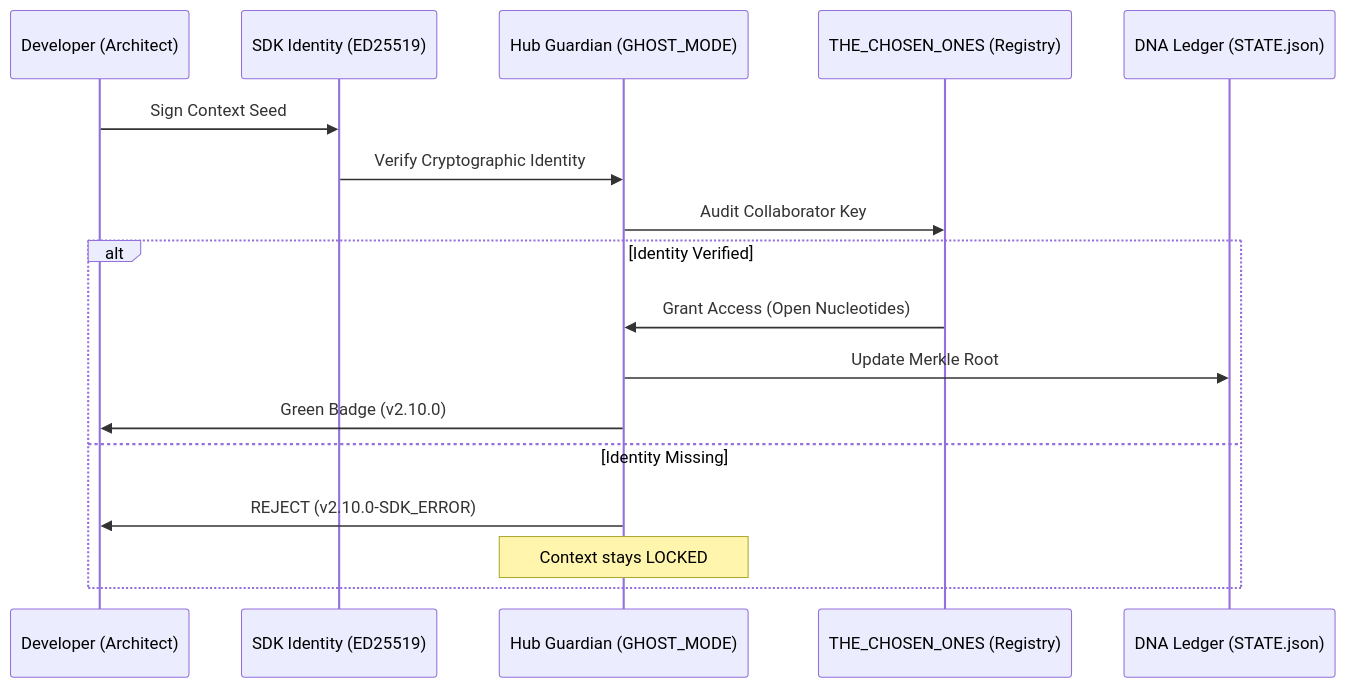
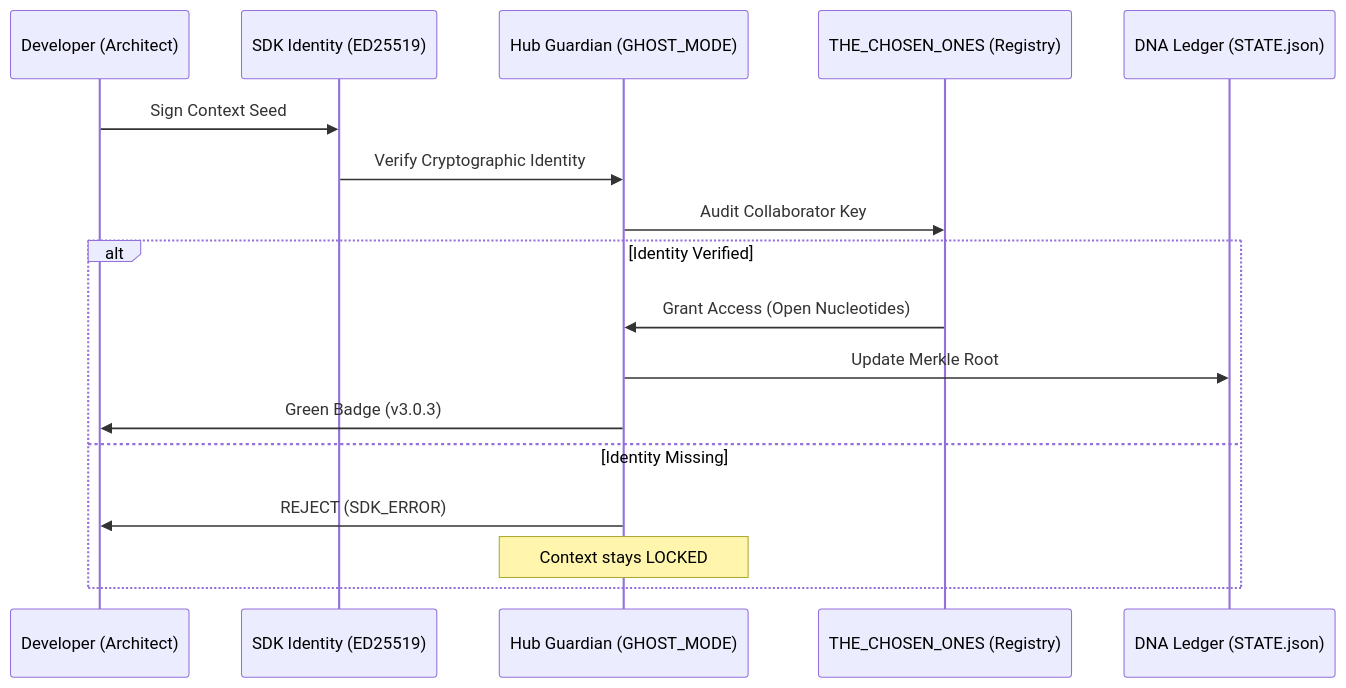
One commit to SteveBlackbeard/CHRONOLITH-by-Ethernium changed the first of 3 diagrams in README.md. Above: the diagram before and after it, drawn with Mermaid. The commit also changed other lines of this file and 35 other files, not shown here.

````diff
--- a/README.md
+++ b/README.md
@@ -187,20 +187,20 @@
 ```mermaid
 sequenceDiagram
     participant D as Developer (Architect)
     participant SDK as SDK Identity (ED25519)
     participant HG as Hub Guardian (GHOST_MODE)
     participant TC as THE_CHOSEN_ONES (Registry)
     participant DNA as DNA Ledger (STATE.json)
 
     D->>SDK: Sign Context Seed
     SDK->>HG: Verify Cryptographic Identity
     HG->>TC: Audit Collaborator Key
     alt Identity Verified
         TC->>HG: Grant Access (Open Nucleotides)
         HG->>DNA: Update Merkle Root
-        HG->>D: Green Badge (v2.10.0)
+        HG->>D: Green Badge (v3.0.3)
     else Identity Missing
-        HG->>D: REJECT (v2.10.0-SDK_ERROR)
+        HG->>D: REJECT (SDK_ERROR)
         Note over HG: Context stays LOCKED
     end
 ```
````
